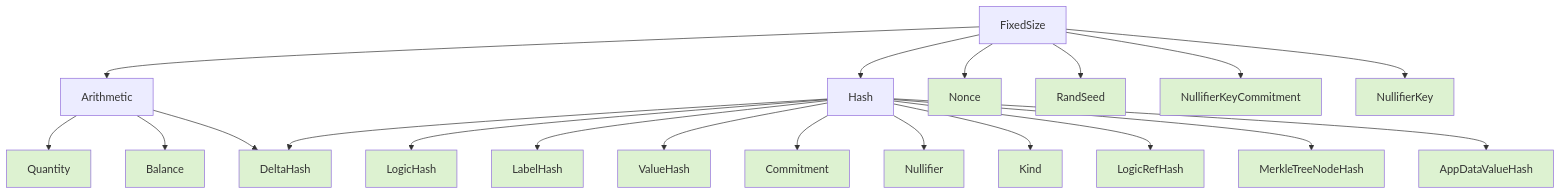
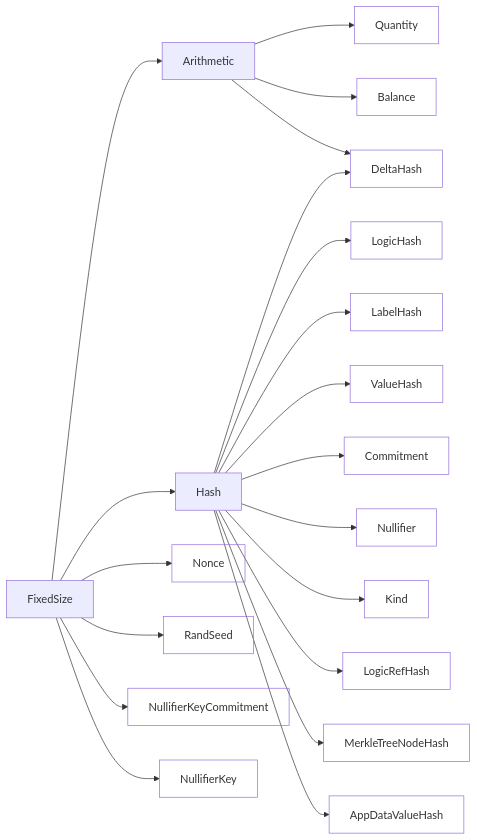
Before and after one commit to anoma/nspec: the second of 2 diagrams in docs/arch/system/state/resource_machine/primitive_interfaces/index.md, drawn with Mermaid. The commit also changed other lines of this file, not shown here.

Commit message:
Use transparent fill in diagrams to support dark theme

````diff
--- a/docs/arch/system/state/resource_machine/primitive_interfaces/index.md
+++ b/docs/arch/system/state/resource_machine/primitive_interfaces/index.md
@@ -43,55 +49,53 @@
-``` mermaid
-
-flowchart TB
+```mermaid
+flowchart LR
 
     FixedSize --> Arithmetic
     FixedSize --> Hash
 
 
     FixedSize --> Nonce
     FixedSize --> RandSeed
     FixedSize --> NullifierKeyCommitment
     FixedSize --> NullifierKey
 
-    style Nonce fill:#ddf2d1
-    style RandSeed fill:#ddf2d1
-    style NullifierKey fill:#ddf2d1
-    style NullifierKeyCommitment fill:#ddf2d1
+    style Nonce fill:transparent
+    style RandSeed fill:transparent
+    style NullifierKey fill:transparent
+    style NullifierKeyCommitment fill:transparent
 
 
     Arithmetic --> Quantity
     Arithmetic --> Balance
 
     Arithmetic --> DeltaHash
 
-    style Quantity fill:#ddf2d1
-    style Balance fill:#ddf2d1
-    style DeltaHash fill:#ddf2d1
+    style Quantity fill:transparent
+    style Balance fill:transparent
+    style DeltaHash fill:transparent
 
 
     Hash --> LogicHash
     Hash --> LabelHash
     Hash --> ValueHash
     Hash --> DeltaHash
 
     Hash --> Commitment
     Hash --> Nullifier
     Hash --> Kind
     Hash --> LogicRefHash
     Hash --> MerkleTreeNodeHash
 
-    style LogicHash fill:#ddf2d1
-    style LabelHash fill:#ddf2d1
-    style ValueHash fill:#ddf2d1
-    style DeltaHash fill:#ddf2d1
-    style Commitment fill:#ddf2d1
-    style Nullifier fill:#ddf2d1
-    style Kind fill:#ddf2d1
-    style LogicRefHash fill:#ddf2d1
-    style MerkleTreeNodeHash fill:#ddf2d1
+    style LogicHash fill:transparent
+    style LabelHash fill:transparent
+    style ValueHash fill:transparent
+    style DeltaHash fill:transparent
+    style Commitment fill:transparent
+    style Nullifier fill:transparent
+    style Kind fill:transparent
+    style LogicRefHash fill:transparent
+    style MerkleTreeNodeHash fill:transparent
 
 
     Hash --> AppDataValueHash
-    style AppDataValueHash fill:#ddf2d1
-
+    style AppDataValueHash fill:transparent
 ```
````
